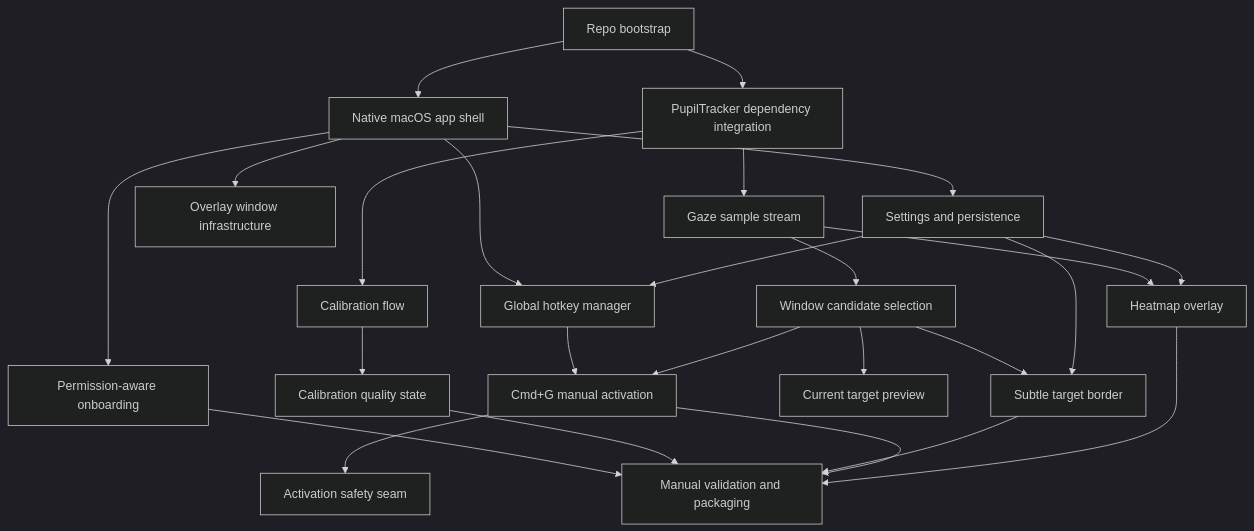
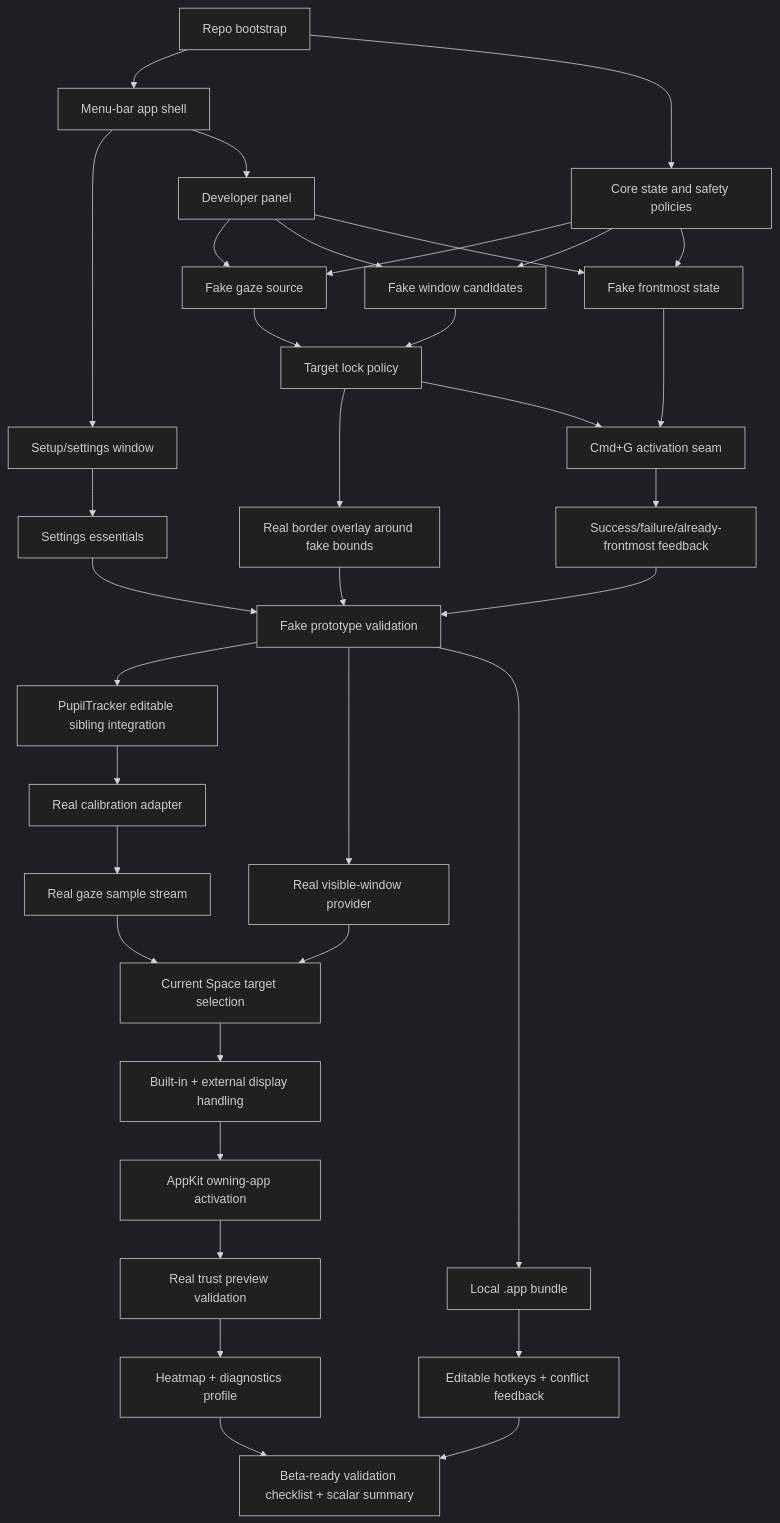
The first of 4 diagrams in docs/plans/gaze-task-graphs.md (sagebynature/gaze), drawn with Mermaid (dark theme) before and after one commit. The commit also changed other lines of this file and 1 other file, not shown here.

Commit message:
docs: capture Gaze menu bar beta design

````diff
--- a/docs/plans/gaze-task-graphs.md
+++ b/docs/plans/gaze-task-graphs.md
@@ -27,27 +37,39 @@
 ```mermaid
 graph TD
-    A[Repo bootstrap] --> B[Native macOS app shell]
-    A --> C[PupilTracker dependency integration]
-    B --> D[Permission-aware onboarding]
-    C --> E[Calibration flow]
-    E --> F[Calibration quality state]
-    C --> G[Gaze sample stream]
-    G --> H[Window candidate selection]
-    B --> I[Overlay window infrastructure]
-    H --> J[Subtle target border]
-    H --> K[Current target preview]
-    B --> L[Global hotkey manager]
-    L --> M[Cmd+G manual activation]
-    H --> M
-    M --> N[Activation safety seam]
-    G --> O[Heatmap overlay]
-    B --> P[Settings and persistence]
-    P --> L
-    P --> J
-    P --> O
-    D --> Q[Manual validation and packaging]
-    F --> Q
-    J --> Q
-    M --> Q
-    O --> Q
+    A[Repo bootstrap] --> B[Menu-bar app shell]
+    A --> C[Core state and safety policies]
+    B --> D[Setup/settings window]
+    B --> E[Developer panel]
+    C --> F[Fake gaze source]
+    C --> G[Fake window candidates]
+    C --> H[Fake frontmost state]
+    F --> I[Target lock policy]
+    G --> I
+    I --> J[Real border overlay around fake bounds]
+    H --> K[Cmd+G activation seam]
+    I --> K
+    K --> L[Success/failure/already-frontmost feedback]
+    D --> M[Settings essentials]
+    E --> F
+    E --> G
+    E --> H
+    J --> N[Fake prototype validation]
+    L --> N
+    M --> N
+
+    N --> O[PupilTracker editable sibling integration]
+    O --> P[Real calibration adapter]
+    P --> Q[Real gaze sample stream]
+    N --> R[Real visible-window provider]
+    Q --> S[Current Space target selection]
+    R --> S[Current Space target selection]
+    S --> T[Built-in + external display handling]
+    T --> U[AppKit owning-app activation]
+    U --> V[Real trust preview validation]
+
+    N --> W[Local .app bundle]
+    W --> X[Editable hotkeys + conflict feedback]
+    V --> Y[Heatmap + diagnostics profile]
+    X --> Z[Beta-ready validation checklist + scalar summary]
+    Y --> Z
 ```
````
